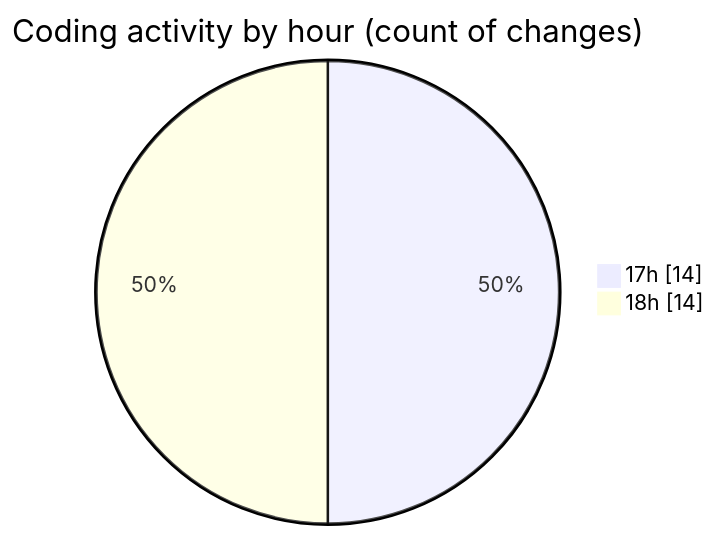
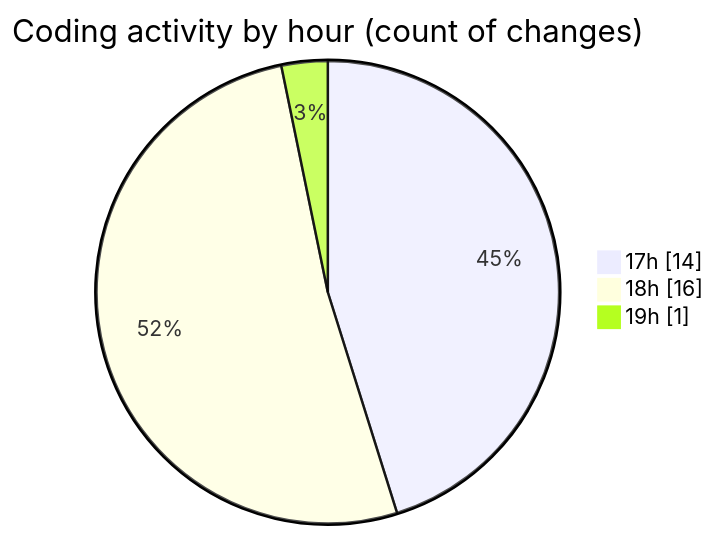
One commit to charlie-sans/code-tracking changed the second of 2 diagrams in 2025-05-01/jmasm/README.md. Above: the diagram before and after it, drawn with Mermaid. The commit also changed other lines of this file and 1 other file, not shown here.

````diff
--- a/2025-05-01/jmasm/README.md
+++ b/2025-05-01/jmasm/README.md
@@ -37,6 +37,7 @@
 ```mermaid
 pie showData
 title Coding activity by hour (count of changes)
 "17h" : 14
-"18h" : 14
+"18h" : 16
+"19h" : 1
 ```
````
